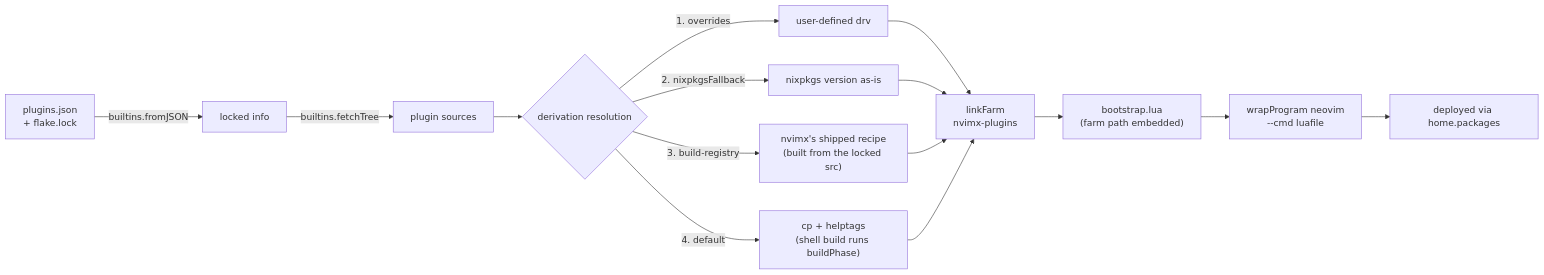
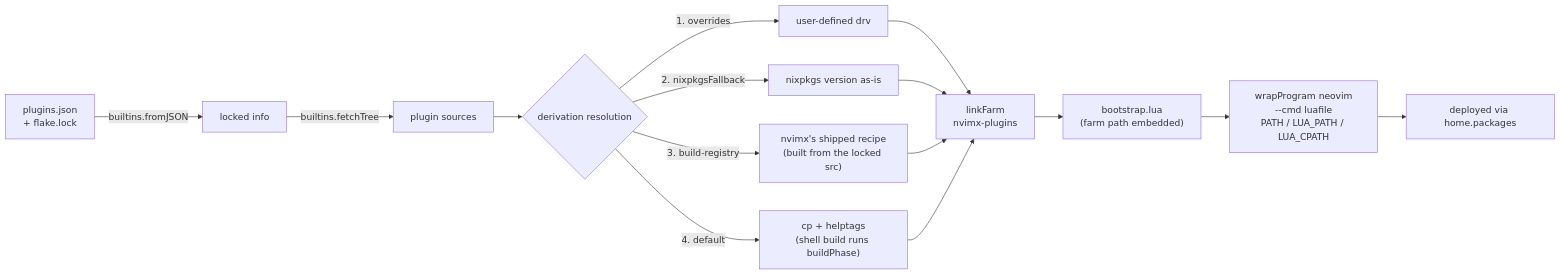
Before and after one commit to myuron/nvimx: the third of 3 diagrams in docs/architecture.md, drawn with Mermaid. The commit also changed other lines of this file and 7 other files, not shown here.

````diff
--- a/docs/architecture.md
+++ b/docs/architecture.md
@@ -97,14 +97,14 @@
 ```mermaid
 flowchart LR
     A["plugins.json<br/>+ flake.lock"] -- "builtins.fromJSON" --> B["locked info"]
     B -- "builtins.fetchTree" --> C["plugin sources"]
     C --> D{"derivation resolution"}
     D -- "1. overrides" --> E["user-defined drv"]
     D -- "2. nixpkgsFallback" --> F["nixpkgs version as-is"]
     D -- "3. build-registry" --> G["nvimx's shipped recipe<br/>(built from the locked src)"]
     D -- "4. default" --> H["cp + helptags<br/>(shell build runs buildPhase)"]
     E & F & G & H --> I["linkFarm<br/>nvimx-plugins"]
     I --> J["bootstrap.lua<br/>(farm path embedded)"]
-    J --> K["wrapProgram neovim<br/>--cmd luafile"]
+    J --> K["wrapProgram neovim<br/>--cmd luafile<br/>PATH / LUA_PATH / LUA_CPATH"]
     K --> M["deployed via home.packages"]
 ```
````
